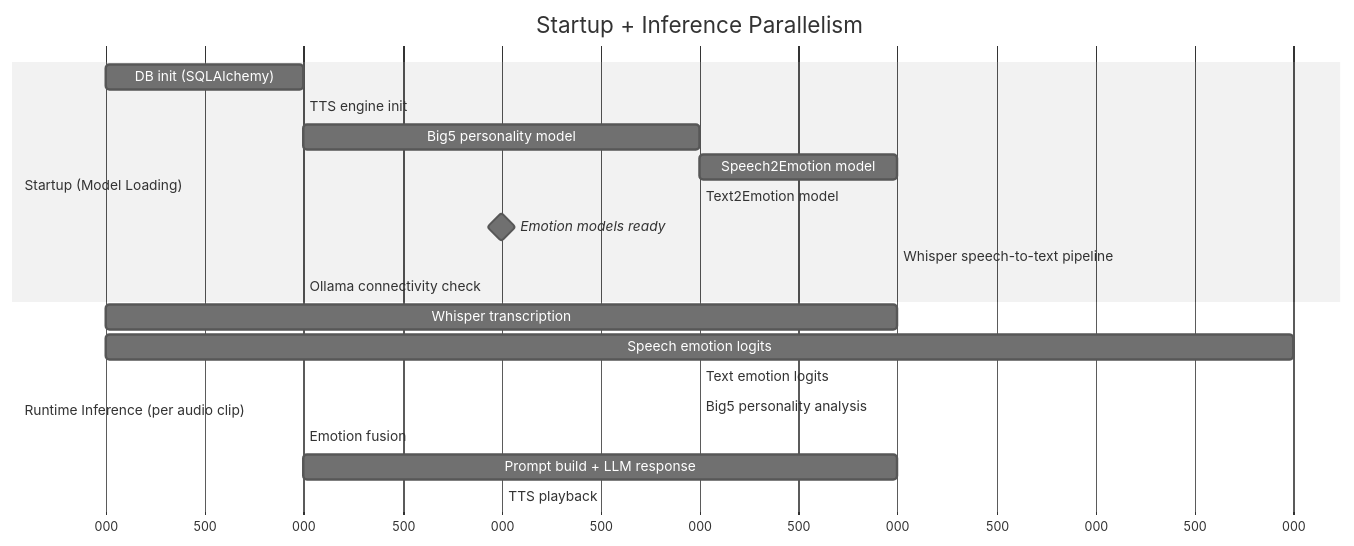
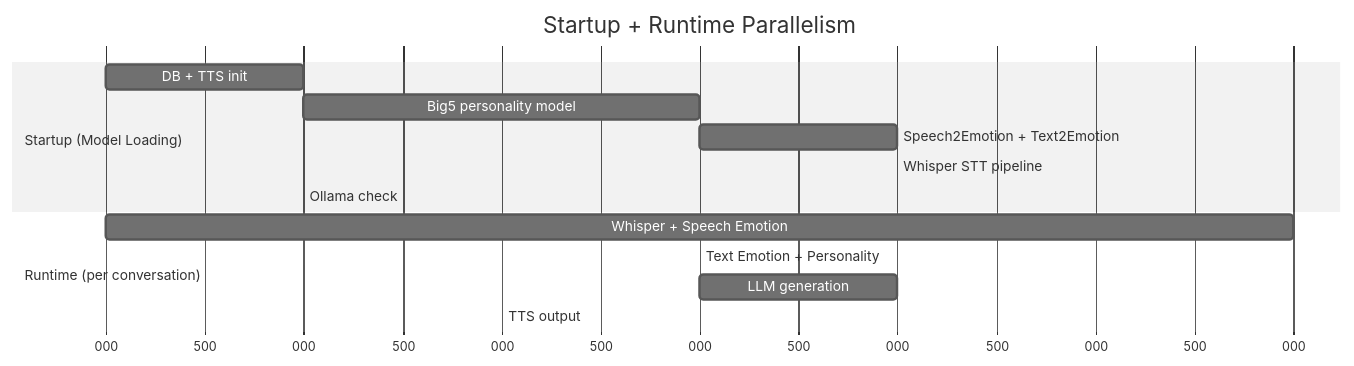
The diagram in chatbot/README.md (Dennis-Pang/Internship), drawn with Mermaid (neutral theme) before and after one commit. The commit also changed other lines of this file and 26 other files, not shown here.

````diff
--- a/chatbot/README.md
+++ b/chatbot/README.md
@@ -90,25 +116,19 @@
 ```mermaid
 gantt
-  title Startup + Inference Parallelism
+  title Startup + Runtime Parallelism
   dateFormat  X
   axisFormat  %L
 
   section Startup (Model Loading)
-    DB init (SQLAlchemy)           :db,            0, 1
-    TTS engine init                :tts,           after db, 1
-    Big5 personality model         :big5,          after tts, 3
-    Speech2Emotion model           :s2e,           after big5, 4
-    Text2Emotion model             :t2e,           after big5, 3
-    Emotion models ready           :milestone,     after s2e, 0
-    Whisper speech-to-text pipeline:whisper,       after s2e, 4
-    Ollama connectivity check      :ollama,        after whisper, 1
+    DB + TTS init                  :init,          0, 1
+    Big5 personality model         :big5,          after init, 3
+    Speech2Emotion + Text2Emotion  :emotions,      after big5, 4
+    Whisper STT pipeline           :whisper,       after emotions, 4
+    Ollama check                   :ollama,        after whisper, 1
 
-  section Runtime Inference (per audio clip)
-    Whisper transcription          :inf_trans,     0, 4
-    Speech emotion logits          :inf_speech,    0, 6
-    Text emotion logits            :inf_text,      after inf_trans, 3
-    Big5 personality analysis      :inf_persona,   after inf_trans, 3
-    Emotion fusion                 :inf_fusion,    after inf_speech, 1
-    Prompt build + LLM response    :inf_llm,       after inf_fusion, 4
-    TTS playback                   :inf_tts,       after inf_llm, 2
+  section Runtime (per conversation)
+    Whisper + Speech Emotion       :audio,         0, 6
+    Text Emotion + Personality     :analysis,      after audio, 3
+    LLM generation                 :llm,           after analysis, 4
+    TTS output                     :tts,           after llm, 2
 ```
````
